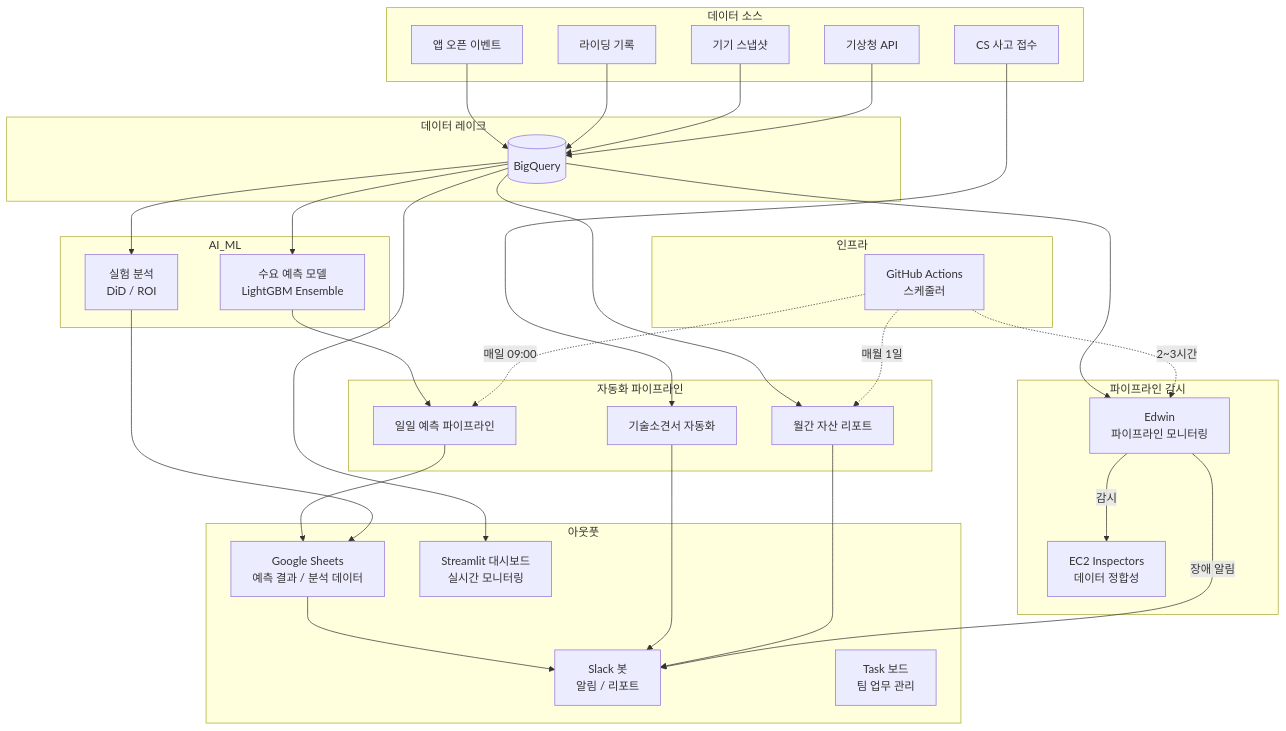
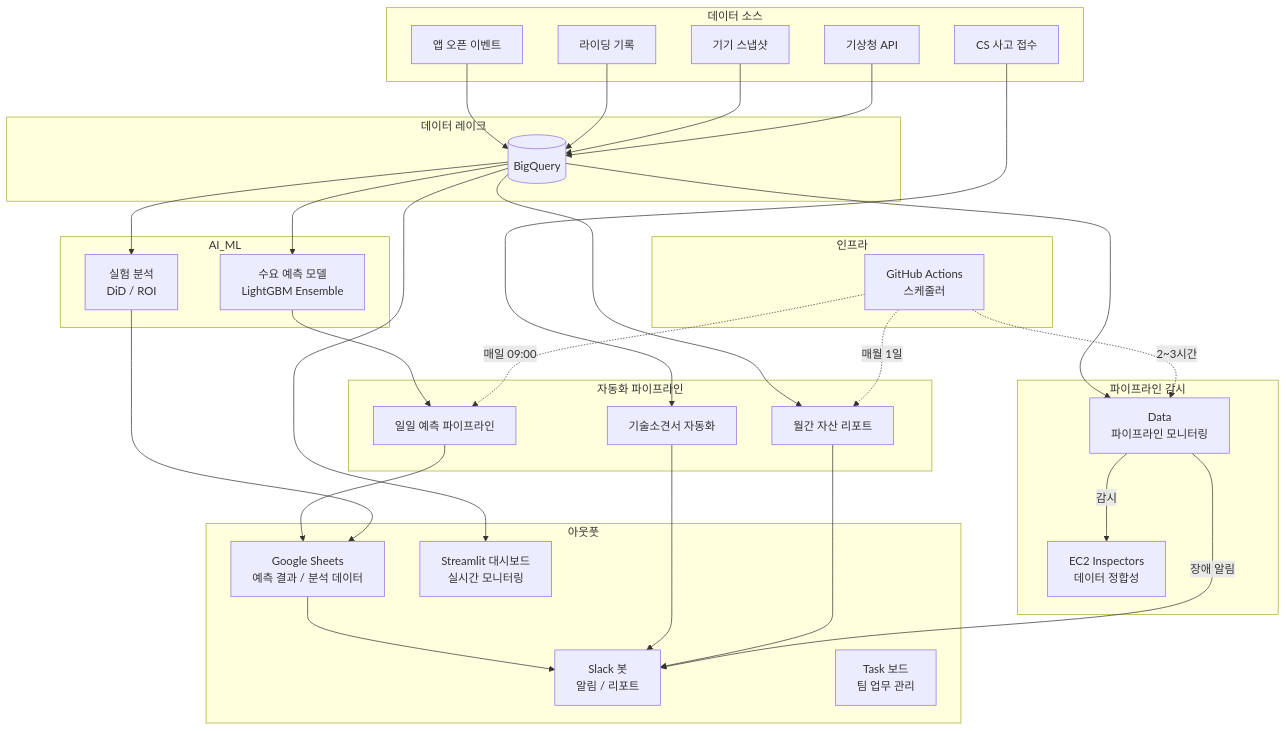
One commit to mineipark/minei.park changed the diagram in README.md. Above: the diagram before and after it, drawn with Mermaid. The commit also changed other lines of this file and 6 other files, not shown here.

First line of the commit message:
Edwin → Data 명칭 변경: 전체 파일 일괄 리네이밍

````diff
--- a/README.md
+++ b/README.md
@@ -42,62 +42,62 @@
 ```mermaid
 flowchart TB
     subgraph 데이터 소스
         APP[앱 오픈 이벤트]
         RIDE[라이딩 기록]
         SNAP[기기 스냅샷]
         WEATHER[기상청 API]
         CS_DATA[CS 사고 접수]
     end
 
     subgraph 데이터 레이크
         BQ[(BigQuery)]
     end
 
     subgraph AI_ML
         FORECAST[수요 예측 모델<br>LightGBM Ensemble]
         ANALYSIS[실험 분석<br>DiD / ROI]
     end
 
     subgraph 자동화 파이프라인
         PIPELINE[일일 예측 파이프라인]
         TECH_DOC[기술소견서 자동화]
         ASSET[월간 자산 리포트]
     end
 
     subgraph 아웃풋
         SHEETS[Google Sheets<br>예측 결과 / 분석 데이터]
         SLACK[Slack 봇<br>알림 / 리포트]
         DASH[Streamlit 대시보드<br>실시간 모니터링]
         TASK[Task 보드<br>팀 업무 관리]
     end
 
     subgraph 파이프라인 감시
-        EDWIN["Edwin<br>파이프라인 모니터링"]
+        DATA["Data<br>파이프라인 모니터링"]
         EC2_INS["EC2 Inspectors<br>데이터 정합성"]
     end
 
     subgraph 인프라
         GA[GitHub Actions<br>스케줄러]
     end
 
     APP & RIDE & SNAP --> BQ
     WEATHER --> BQ
     CS_DATA --> TECH_DOC
 
     BQ --> FORECAST
     BQ --> ANALYSIS
     BQ --> ASSET
 
     FORECAST --> PIPELINE --> SHEETS --> SLACK
     ANALYSIS --> SHEETS
     TECH_DOC --> SLACK
     ASSET --> SLACK
 
     BQ --> DASH
-    BQ --> EDWIN
-    EDWIN -->|감시| EC2_INS
-    EDWIN -->|장애 알림| SLACK
+    BQ --> DATA
+    DATA -->|감시| EC2_INS
+    DATA -->|장애 알림| SLACK
     GA -.->|매일 09:00| PIPELINE
     GA -.->|매월 1일| ASSET
-    GA -.->|2~3시간| EDWIN
+    GA -.->|2~3시간| DATA
 ```
````
